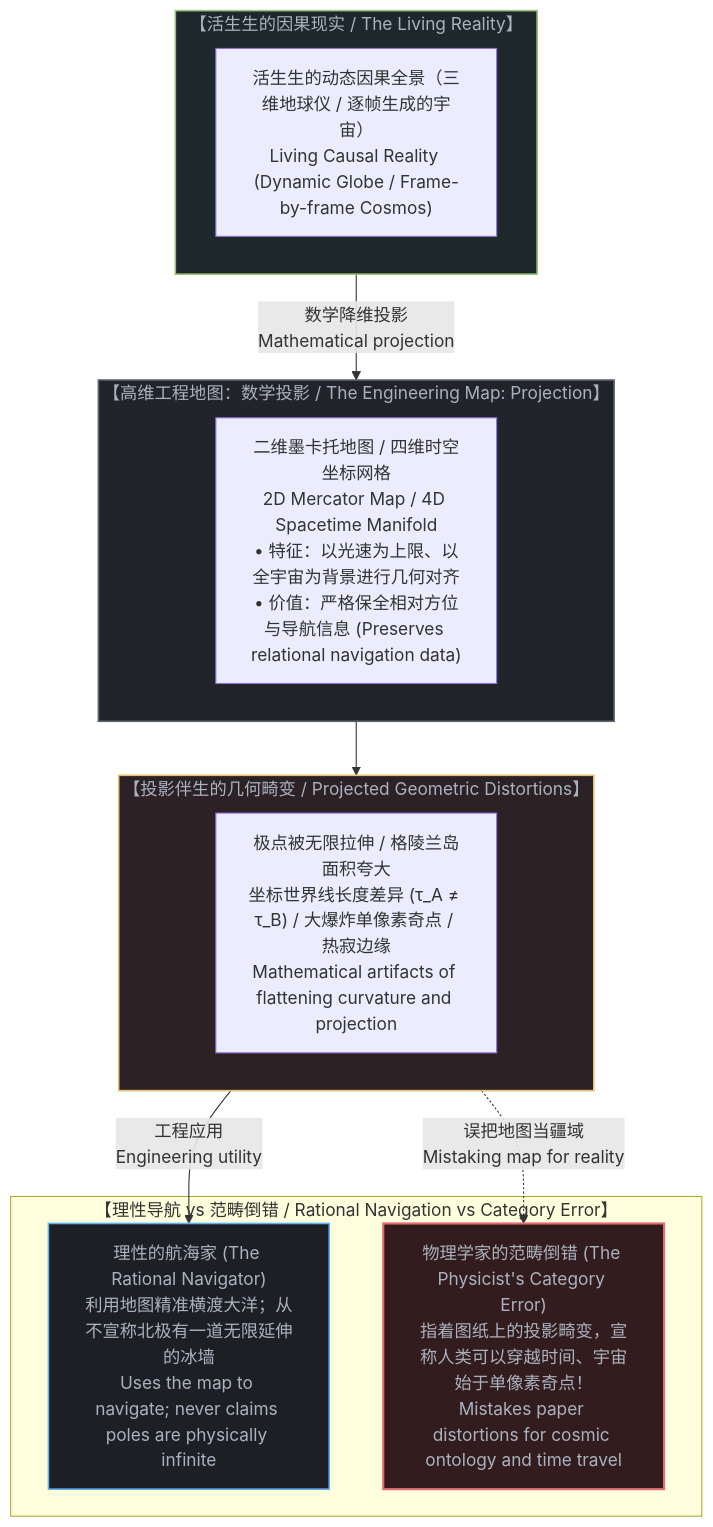
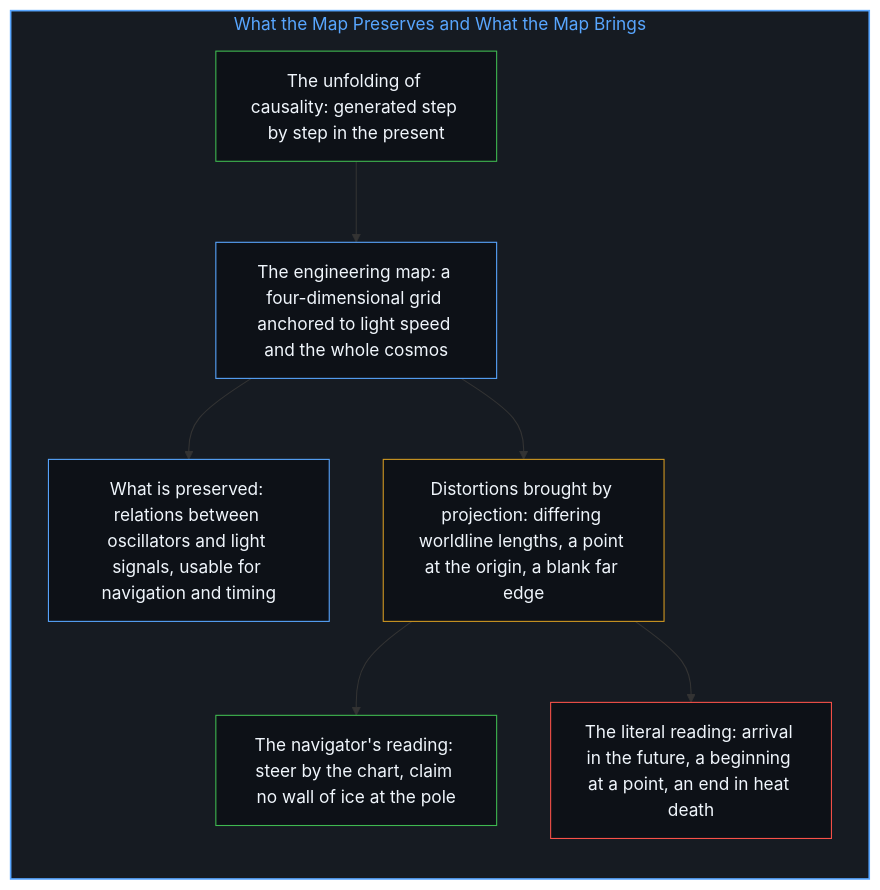
One commit to powerpig99/not-a-toe changed diagram 16 of 18 in content/posts/the-twin-paradox-and-the-hidden-observer.md. Above: the diagram before and after it, drawn with Mermaid. The commit also changed other lines of this file and 3 other files, not shown here.

Commit message:
Refine the-twin-paradox-and-the-hidden-observer: alternating bilingual layout, nine paired diagrams, projected time and lived time, implicit first person

````diff
--- a/content/posts/the-twin-paradox-and-the-hidden-observer.md
+++ b/content/posts/the-twin-paradox-and-the-hidden-observer.md
@@ -483,30 +557,25 @@
 ```mermaid
-graph TD
-    subgraph Territory["【活生生的因果现实 / The Living Reality】"]
-        Sphere["活生生的动态因果全景（三维地球仪 / 逐帧生成的宇宙）<br>Living Causal Reality (Dynamic Globe / Frame-by-frame Cosmos)"]
+flowchart TD
+    subgraph S_Map["What the Map Preserves and What the Map Brings"]
+        direction TB
+        Living["The unfolding of causality: generated step by step in the present"]
+        Chart["The engineering map: a four-dimensional grid anchored to light speed and the whole cosmos"]
+        Keep["What is preserved: relations between oscillators and light signals, usable for navigation and timing"]
+        Distort["Distortions brought by projection: differing worldline lengths, a point at the origin, a blank far edge"]
+        Nav["The navigator's reading: steer by the chart, claim no wall of ice at the pole"]
+        Lit["The literal reading: arrival in the future, a beginning at a point, an end in heat death"]
+        Living --> Chart
+        Chart --> Keep
+        Chart --> Distort
+        Distort --> Nav
+        Distort --> Lit
     end
 
-    subgraph MapProjection["【高维工程地图：数学投影 / The Engineering Map: Projection】"]
-        FlatMap["二维墨卡托地图 / 四维时空坐标网格<br>2D Mercator Map / 4D Spacetime Manifold<br>• 特征：以光速为上限、以全宇宙为背景进行几何对齐<br>• 价值：严格保全相对方位与导航信息 (Preserves relational navigation data)"]
-    end
-
-    subgraph Distortions["【投影伴生的几何畸变 / Projected Geometric Distortions】"]
-        Artifacts["极点被无限拉伸 / 格陵兰岛面积夸大<br>坐标世界线长度差异 (τ_A ≠ τ_B) / 大爆炸单像素奇点 / 热寂边缘<br>Mathematical artifacts of flattening curvature and projection"]
-    end
-
-    subgraph Split["【理性导航 vs 范畴倒错 / Rational Navigation vs Category Error】"]
-        Sensible["理性的航海家 (The Rational Navigator)<br>利用地图精准横渡大洋；从不宣称北极有一道无限延伸的冰墙<br>Uses the map to navigate; never claims poles are physically infinite"]
-        Fallacy["物理学家的范畴倒错 (The Physicist's Category Error)<br>指着图纸上的投影畸变，宣称人类可以穿越时间、宇宙始于单像素奇点！<br>Mistakes paper distortions for cosmic ontology and time travel"]
-    end
-
-    Territory -->|"数学降维投影<br>Mathematical projection"| MapProjection
-    MapProjection --> Distortions
-    Distortions -->|"工程应用<br>Engineering utility"| Sensible
-    Distortions -.->|"误把地图当疆域<br>Mistaking map for reality"| Fallacy
-
-    style Territory fill:#1e272c,stroke:#98c379,stroke-width:1.5px,color:#abb2bf
-    style MapProjection fill:#21252b,stroke:#5c6370,stroke-width:1.5px,color:#abb2bf
-    style Distortions fill:#2c2226,stroke:#e5c07b,stroke-width:1.5px,color:#abb2bf
-    style Sensible fill:#1c2025,stroke:#61afef,stroke-width:1.5px,color:#abb2bf
-    style Fallacy fill:#331c1e,stroke:#e06c75,stroke-width:2px,color:#abb2bf
+    style S_Map fill:#161b22,stroke:#58a6ff,stroke-width:1.5px,color:#58a6ff
+    style Living fill:#0d1117,stroke:#3fb950,stroke-width:1px,color:#f0f6fc
+    style Chart fill:#0d1117,stroke:#58a6ff,stroke-width:1px,color:#f0f6fc
+    style Keep fill:#0d1117,stroke:#58a6ff,stroke-width:1px,color:#f0f6fc
+    style Distort fill:#0d1117,stroke:#d29922,stroke-width:1px,color:#f0f6fc
+    style Nav fill:#0d1117,stroke:#3fb950,stroke-width:1px,color:#f0f6fc
+    style Lit fill:#0d1117,stroke:#f85149,stroke-width:1px,color:#f0f6fc
 ```
````
